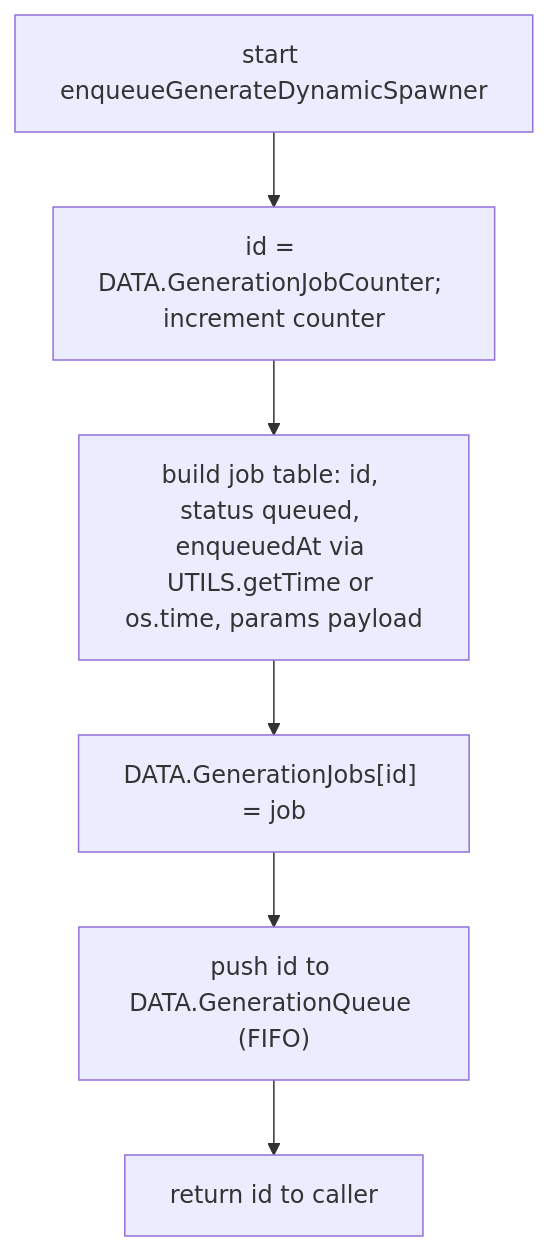
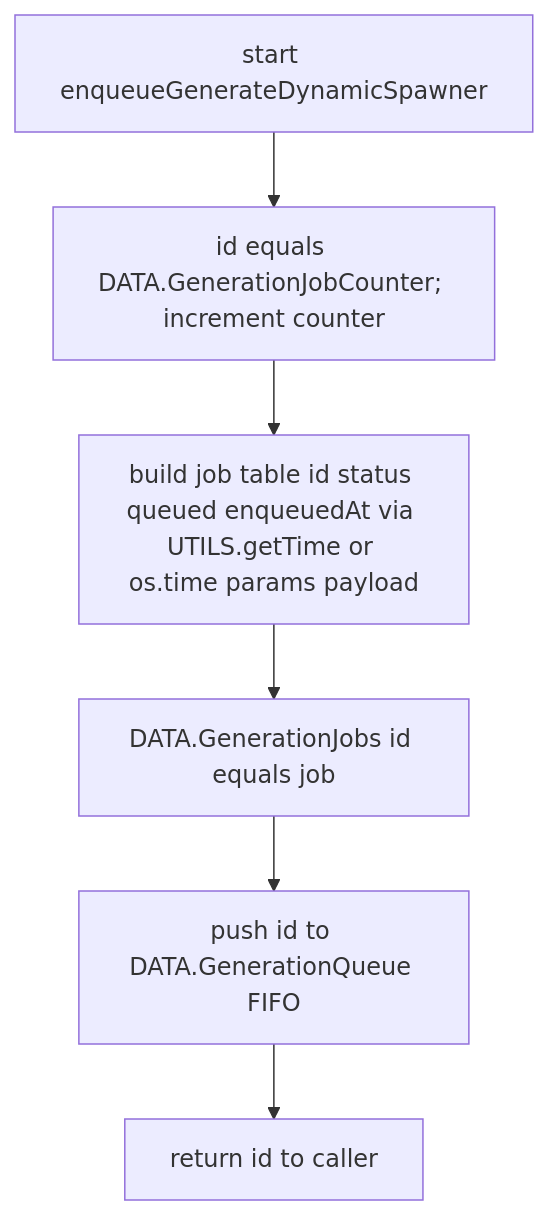
The first of 3 diagrams in docs/spawner/async.md (Gh0st352/AETHR), drawn with Mermaid before and after one commit. The commit also changed other lines of this file and 5 other files, not shown here.

First line of the commit message:
docs(spawner): update line refs and mermaid labels

````diff
--- a/docs/spawner/async.md
+++ b/docs/spawner/async.md
@@ -18,8 +18,8 @@
 ```mermaid
 flowchart TB
-  E0["start enqueueGenerateDynamicSpawner"] --> E1["id = DATA.GenerationJobCounter; increment counter"]
-  E1 --> E2["build job table: id, status queued, enqueuedAt via UTILS.getTime or os.time, params payload"]
-  E2 --> E3["DATA.GenerationJobs[id] = job"]
-  E3 --> E4["push id to DATA.GenerationQueue (FIFO)"]
-  E4 --> E5["return id to caller"]
+  E0[start enqueueGenerateDynamicSpawner] --> E1[id equals DATA.GenerationJobCounter; increment counter]
+  E1 --> E2[build job table id status queued enqueuedAt via UTILS.getTime or os.time params payload]
+  E2 --> E3[DATA.GenerationJobs id equals job]
+  E3 --> E4[push id to DATA.GenerationQueue FIFO]
+  E4 --> E5[return id to caller]
 ```
````
